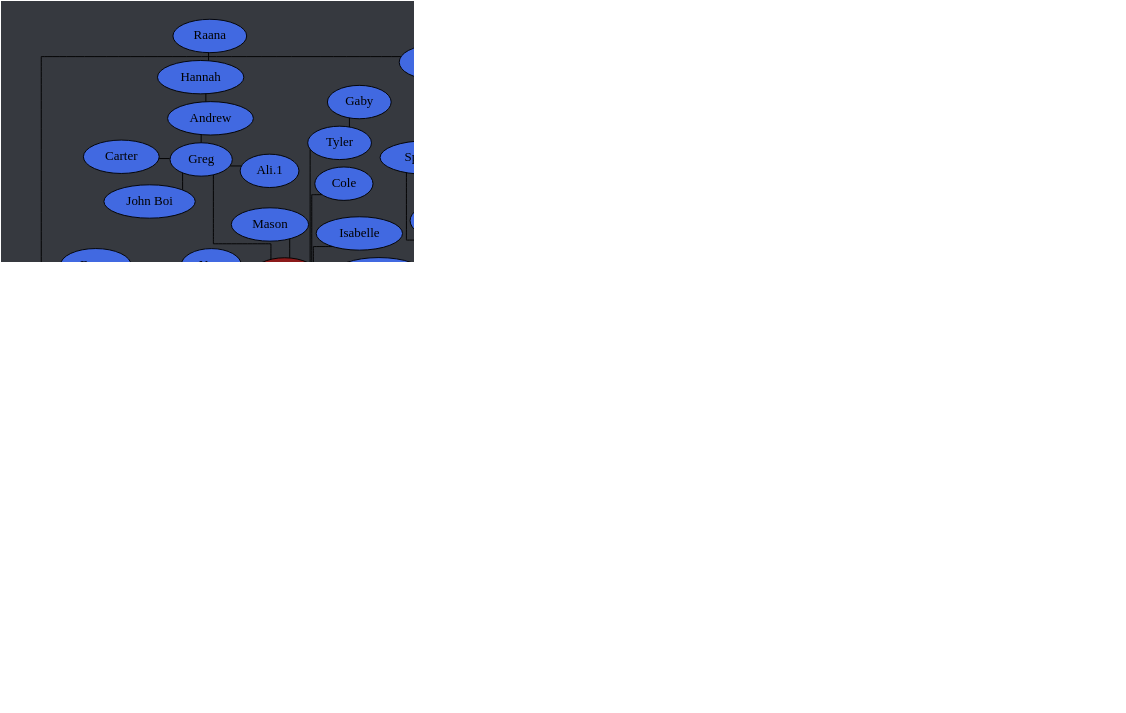
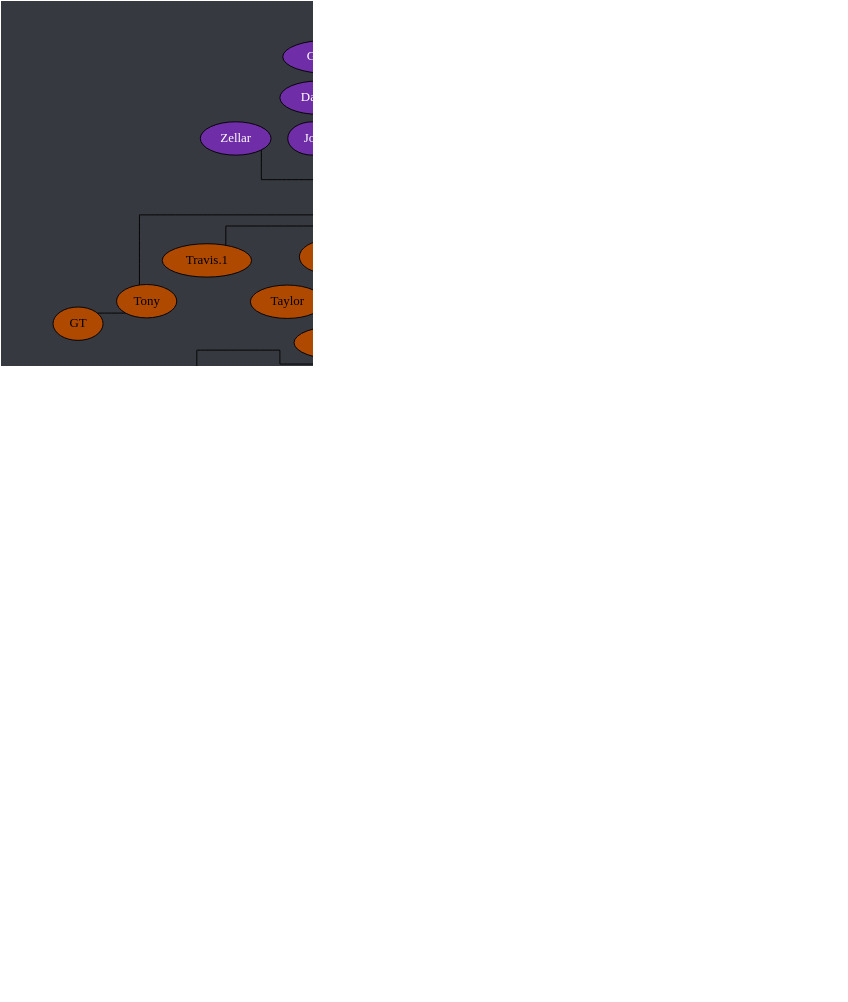
The diagram in tree.dot (Documidas/CoronaCatzFamilyTree), drawn with Graphviz before and after one commit. The commit also changed 1 other file, not shown here.

Commit message:
Add Tails

```diff
--- a/tree.dot
+++ b/tree.dot
@@ -1,168 +1,169 @@
 strict graph {
 	// Layout Configuration
 	layout = neato;
 	dpi = 200;
 	epsilon = 0.01;
 	mode = major;
 	model = subset;
 	overlap = false;
 	splines = ortho;
 	start = rand;
 
 	// Visual Configuration
 	graph [ truecolor=true bgcolor="#36393f" ];
 	node [ style=filled fillcolor="gray" fontcolor="black" ];
 
 	subgraph "Joel" {
 		node [ style=filled fillcolor="firebrick4" fontcolor="white" ];
 		Joel [ style=filled fillcolor="gold" fontcolor="black" ];
 
 		Cayla -- "Ali.2";
 		Cayla -- Jonathan;
 		Cayla -- Kate;
 		Cayla -- Ranger;
 		Joel -- Anders;
 		Joel -- Cayla;
 		Joel -- Conner;
 		Joel -- Jared;
 		Joel -- Kat;
 		Joel -- Patrick;
 		Joel -- Steven;
 		Joel -- Zach;
 	}
 
 	subgraph "Anders" {
 		node [ style=filled fillcolor="green4" fontcolor="white" ];
 		// Anders [ style=filled fillcolor="green4" fontcolor="white" ];
 
 		Anders -- Chiara;
 		Anders -- Cody;
 		Anders -- Daniel;
 		Anders -- "Derek/Yaupon";
 		Anders -- DJ;
 		Anders -- Hahnur;
 		Anders -- Jen;
 		Anders -- Matt;
 		Anders -- Solis;
 		Anders -- Will;
 		Anders -- Wyatt;
 	}
 
 	subgraph "Jared" {
 		node [ style=filled fillcolor="royalblue" fontcolor="black" ];
 		// Jared [ style=filled fillcolor="royalblue" fontcolor="black" ];
 
 		Andrew -- Hannah;
 		Dave -- Everett;
 		Donnie -- Bryan;
 		Donnie -- Troy;
 		Greg -- "Ali.1";
 		Greg -- Andrew;
 		Greg -- Carter;
 		Greg -- "John Boi";
+		Greg -- Tails;
 		Hannah -- Raana;
 		Jared -- Brandi;
 		Jared -- Dave;
 		Jared -- Donnie;
 		Jared -- Fabi;
 		Jared -- "Jack.2";
 		Jared -- Cole;
 		Jared -- Kamon;
 		Jared -- Greg;
 		Jared -- Isabelle;
 		Jared -- Mason;
 		Jared -- Mehmet;
 		Jared -- Nam;
 		Jared -- Shannon;
 		Jared -- Spencer;
 		Jared -- Tyler;
 		Jared -- "Zach/Laniakea";
 		Jared -- "Zöe";
 		Troy -- Drake;
 		Tyler -- Gaby;
 		"Zöe" -- Jasper;
 	}
 
 	subgraph "Zach/Laniakea" {
 		node [ style=filled fillcolor="#4eff2c" fontcolor="black" ];
 		// "Zach/Laniakea" [ style=filled fillcolor="#4eff2c" fontcolor="black" ];
 
 		"Caio.2" -- "Kyle.1";
 		"Caio.2" -- Lucas;
 		"Zach/Laniakea" -- Allen;
 		"Zach/Laniakea" -- "Caio.2";
 		"Zach/Laniakea" -- Colin;
 		"Zach/Laniakea" -- John;
 		"Zach/Laniakea" -- Logan;
 		"Zach/Laniakea" -- Kevin;
 		"Zach/Laniakea" -- "Kyle.0";
 		"Zach/Laniakea" -- Mike;
 		"Zach/Laniakea" -- "Ryan.1";
 	}
 
 	subgraph "John" {
 		node [ style=filled fillcolor="#c89b3c" fontcolor="black" ];
 		// John [ style=filled fillcolor="#c89b3c" fontcolor="black" ];
 
 		Haber -- "Derek/Nomad";
 		John -- Anna;
 		John -- Emily;
 		John -- Haber;
 		John -- Jay;
 		John -- Jack;
 		John -- Lara;
 		John -- Monarch;
 		John -- "Oliger/Leanza";
 		John -- Thomas;
 	}
 
 	subgraph "John-stream" {
 		// node [ style=filled fillcolor="#9147ff" fontcolor="black" ];
 		node [ style=filled fillcolor="#c89b3c" fontcolor="black" ];
 
 		John -- "Michael/Wheezy";
 	}
 
 	subgraph "Thomas" {
 		node [ style=filled fillcolor="#b04900" fontcolor="black" ];
 		// Thomas [ style=filled fillcolor="#b04900" fontcolor="black" ];
 
 		Thomas -- Alex;
 		Thomas -- JD;
 		Thomas -- Josh;
 		Thomas -- Juan;
 		Thomas -- Taylor;
 		Thomas -- Tony;
 		Thomas -- "Travis.1";
 		Thomas -- "Travis.2";
 		Tony -- GT;
 	}
 
 	subgraph "Alex" {
 		node [ style=filled fillcolor="#6f2da8" fontcolor="white" ];
 		// Alex [ style=filled fillcolor="#6f2da8" fontcolor="black" ];
 
 		Alex -- "Alex/Blitt";
 		Alex -- "Da'Von";
 		Alex -- Sam;
 		"Alex/Blitt" -- Alan;
 		"Alex/Blitt" -- "Alex the 3rd";
 		"Alex/Blitt" -- Brian;
 		"Alex/Blitt" -- Carlos;
 		"Alex/Blitt" -- Chris;
 		"Alex/Blitt" -- Frank;
 		"Alex/Blitt" -- Gabe;
 		"Alex/Blitt" -- "Kyle.3";
 		"Alex/Blitt" -- Laske;
 		"Alex/Blitt" -- "Ryan.2";
 		"Alex/Blitt" -- "Sam.2";
 		"Da'Von" -- Dalton;
 		"Da'Von" -- Dalyn;
 		"Da'Von" -- Kuri;
 		"Da'Von" -- Zellar;
 		Dalton -- Graysen;
 		Kuri -- Drew;
 		Kuri -- Jon;
 		Kuri -- Karma;
 	}
 }
```
